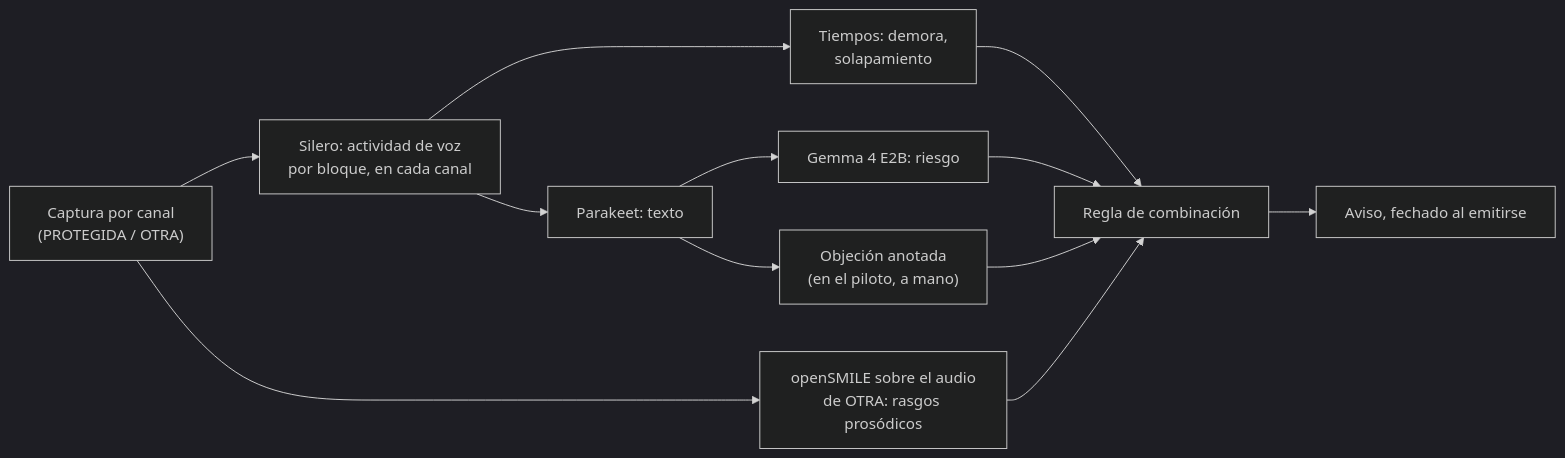
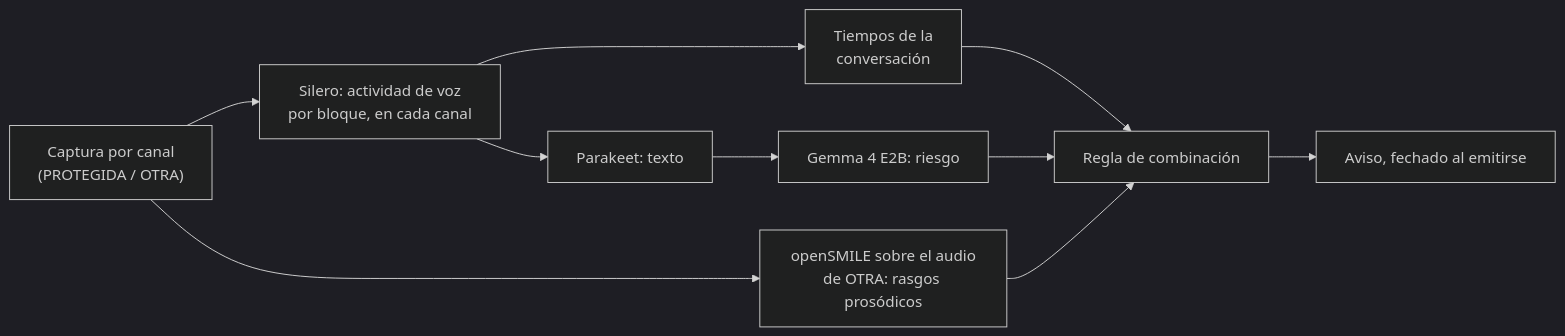
Before and after one commit to Corchets/bitacora_tesis: the diagram in docs/investigacion/MEJORA-FUTURA-ANALISIS-ACUSTICO.md, drawn with Mermaid (dark theme). The commit also changed other lines of this file and 1 other file, not shown here.

````diff
--- a/docs/investigacion/MEJORA-FUTURA-ANALISIS-ACUSTICO.md
+++ b/docs/investigacion/MEJORA-FUTURA-ANALISIS-ACUSTICO.md
@@ -92,13 +98,11 @@
 ```mermaid
 flowchart LR
     C["Captura por canal<br/>(PROTEGIDA / OTRA)"] --> S["Silero: actividad de voz<br/>por bloque, en cada canal"]
-    S --> T["Tiempos: demora,<br/>solapamiento"]
+    S --> T["Tiempos de la<br/>conversación"]
     S --> P["Parakeet: texto"] --> G["Gemma 4 E2B: riesgo"]
     C --> O["openSMILE sobre el audio<br/>de OTRA: rasgos prosódicos"]
-    P --> A["Objeción anotada<br/>(en el piloto, a mano)"]
     T --> R["Regla de combinación"]
     O --> R
-    A --> R
     G --> R
     R --> AV["Aviso, fechado al emitirse"]
 ```
````
